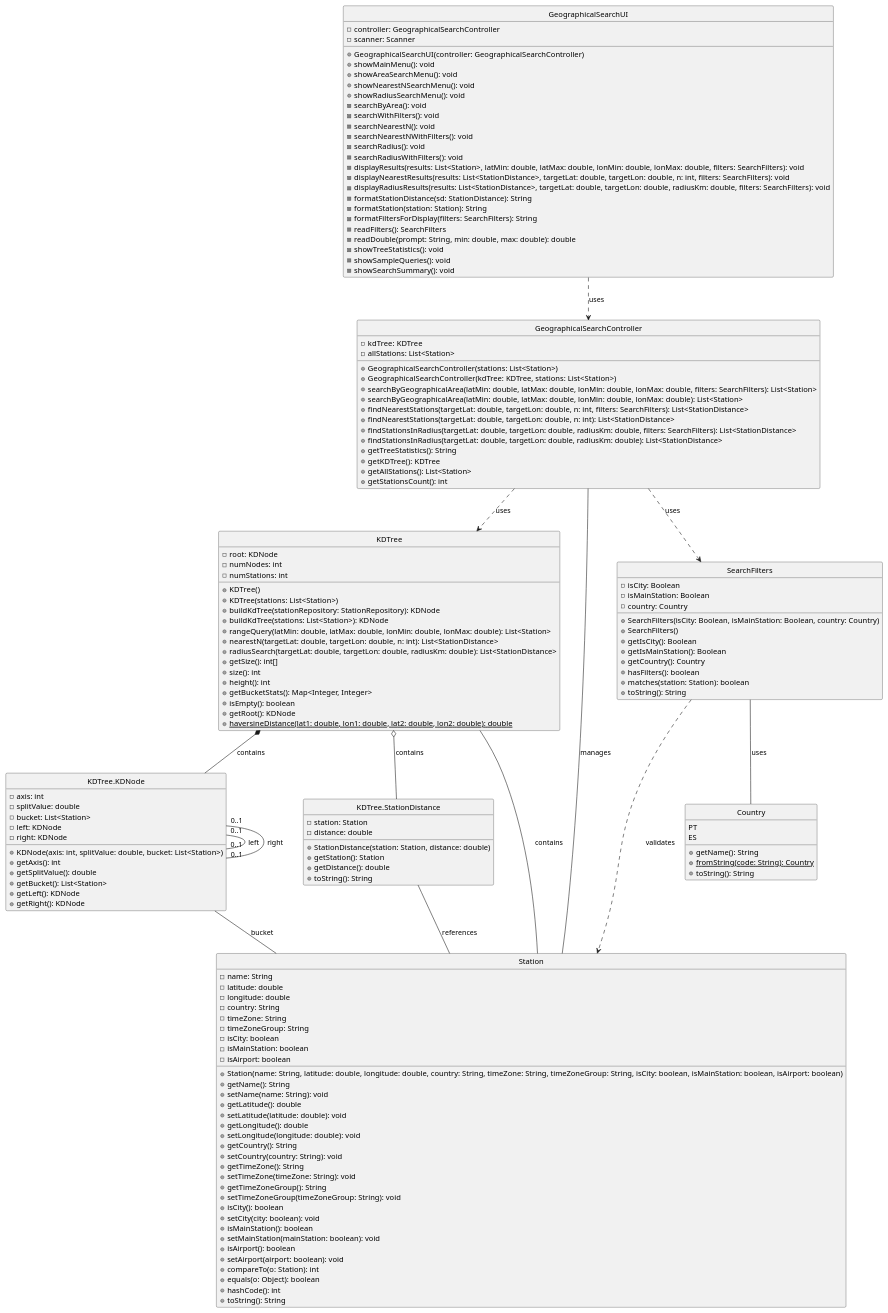
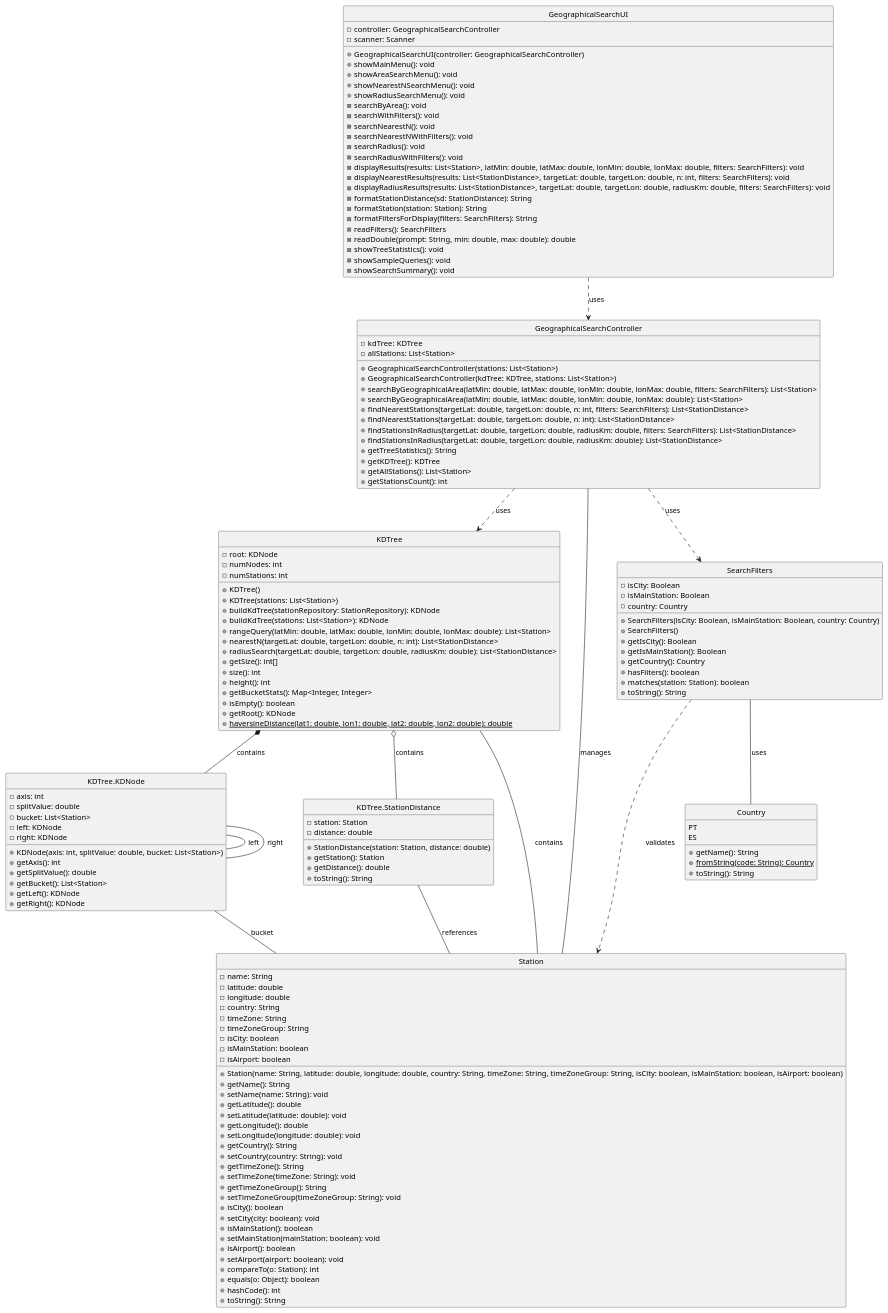
Before and after one commit to Andremonteiro1240850/RailwayNetwork: the diagram in doc/USEI08/ClassDiagram.puml, drawn with PlantUML.

Commit message:
USEI08 CLASS DIAGRAM

```diff
--- a/doc/USEI08/ClassDiagram.puml
+++ b/doc/USEI08/ClassDiagram.puml
@@ -1,178 +1,179 @@
 @startuml
 skinparam style strictuml
 skinparam monochrome true
 
 'Diagrama de Classes - USEI08: Search by Geographical Area
 'Baseado APENAS no código implementado
 'Seguindo as regras UML Class Diagrams
 
 class GeographicalSearchUI {
     - controller: GeographicalSearchController
     - scanner: Scanner
     + GeographicalSearchUI(controller: GeographicalSearchController)
     + showMainMenu(): void
     + showAreaSearchMenu(): void
     + showNearestNSearchMenu(): void
     + showRadiusSearchMenu(): void
     - searchByArea(): void
     - searchWithFilters(): void
     - searchNearestN(): void
     - searchNearestNWithFilters(): void
     - searchRadius(): void
     - searchRadiusWithFilters(): void
     - displayResults(results: List<Station>, latMin: double, latMax: double, lonMin: double, lonMax: double, filters: SearchFilters): void
     - displayNearestResults(results: List<StationDistance>, targetLat: double, targetLon: double, n: int, filters: SearchFilters): void
     - displayRadiusResults(results: List<StationDistance>, targetLat: double, targetLon: double, radiusKm: double, filters: SearchFilters): void
     - formatStationDistance(sd: StationDistance): String
     - formatStation(station: Station): String
     - formatFiltersForDisplay(filters: SearchFilters): String
     - readFilters(): SearchFilters
     - readDouble(prompt: String, min: double, max: double): double
     - showTreeStatistics(): void
     - showSampleQueries(): void
     - showSearchSummary(): void
 }
 
 class GeographicalSearchController {
     - kdTree: KDTree
     - allStations: List<Station>
     + GeographicalSearchController(stations: List<Station>)
     + GeographicalSearchController(kdTree: KDTree, stations: List<Station>)
     + searchByGeographicalArea(latMin: double, latMax: double, lonMin: double, lonMax: double, filters: SearchFilters): List<Station>
     + searchByGeographicalArea(latMin: double, latMax: double, lonMin: double, lonMax: double): List<Station>
     + findNearestStations(targetLat: double, targetLon: double, n: int, filters: SearchFilters): List<StationDistance>
     + findNearestStations(targetLat: double, targetLon: double, n: int): List<StationDistance>
     + findStationsInRadius(targetLat: double, targetLon: double, radiusKm: double, filters: SearchFilters): List<StationDistance>
     + findStationsInRadius(targetLat: double, targetLon: double, radiusKm: double): List<StationDistance>
     + getTreeStatistics(): String
     + getKDTree(): KDTree
     + getAllStations(): List<Station>
     + getStationsCount(): int
 }
 
 class KDTree {
     - root: KDNode
     - numNodes: int
     - numStations: int
     + KDTree()
     + KDTree(stations: List<Station>)
     + buildKdTree(stationRepository: StationRepository): KDNode
     + buildKdTree(stations: List<Station>): KDNode
     + rangeQuery(latMin: double, latMax: double, lonMin: double, lonMax: double): List<Station>
     + nearestN(targetLat: double, targetLon: double, n: int): List<StationDistance>
     + radiusSearch(targetLat: double, targetLon: double, radiusKm: double): List<StationDistance>
     + getSize(): int[]
     + size(): int
     + height(): int
     + getBucketStats(): Map<Integer, Integer>
     + isEmpty(): boolean
     + getRoot(): KDNode
     + {static} haversineDistance(lat1: double, lon1: double, lat2: double, lon2: double): double
 }
 
 class "KDTree.KDNode" as KDNode {
     - axis: int
     - splitValue: double
     - bucket: List<Station>
     - left: KDNode
     - right: KDNode
     + KDNode(axis: int, splitValue: double, bucket: List<Station>)
     + getAxis(): int
     + getSplitValue(): double
     + getBucket(): List<Station>
     + getLeft(): KDNode
     + getRight(): KDNode
 }
 
 class "KDTree.StationDistance" as StationDistance {
     - station: Station
     - distance: double
     + StationDistance(station: Station, distance: double)
     + getStation(): Station
     + getDistance(): double
     + toString(): String
 }
 
 class Station {
     - name: String
     - latitude: double
     - longitude: double
     - country: String
     - timeZone: String
     - timeZoneGroup: String
     - isCity: boolean
     - isMainStation: boolean
     - isAirport: boolean
     + Station(name: String, latitude: double, longitude: double, country: String, timeZone: String, timeZoneGroup: String, isCity: boolean, isMainStation: boolean, isAirport: boolean)
     + getName(): String
     + setName(name: String): void
     + getLatitude(): double
     + setLatitude(latitude: double): void
     + getLongitude(): double
     + setLongitude(longitude: double): void
     + getCountry(): String
     + setCountry(country: String): void
     + getTimeZone(): String
     + setTimeZone(timeZone: String): void
     + getTimeZoneGroup(): String
     + setTimeZoneGroup(timeZoneGroup: String): void
     + isCity(): boolean
     + setCity(city: boolean): void
     + isMainStation(): boolean
     + setMainStation(mainStation: boolean): void
     + isAirport(): boolean
     + setAirport(airport: boolean): void
     + compareTo(o: Station): int
     + equals(o: Object): boolean
     + hashCode(): int
     + toString(): String
 }
 
 class SearchFilters {
     - isCity: Boolean
     - isMainStation: Boolean
     - country: Country
     + SearchFilters(isCity: Boolean, isMainStation: Boolean, country: Country)
     + SearchFilters()
     + getIsCity(): Boolean
     + getIsMainStation(): Boolean
     + getCountry(): Country
     + hasFilters(): boolean
     + matches(station: Station): boolean
     + toString(): String
 }
 
 enum Country {
     PT
     ES
     + getName(): String
     + {static} fromString(code: String): Country
     + toString(): String
 }
 
 ' --- Relações UML Corretas ---
 ' Dependency (uso): linha tracejada com seta
 GeographicalSearchUI ..> GeographicalSearchController : uses
 GeographicalSearchController ..> KDTree : uses
 GeographicalSearchController ..> SearchFilters : uses
 SearchFilters ..> Station : validates
 
 ' Association: linha sólida (relação entre classes)
 GeographicalSearchController -- Station : manages
 KDTree -- Station : contains
 KDNode -- Station : bucket
 StationDistance -- Station : references
 SearchFilters -- Country : uses
 
 ' Self-reference: KDNode referencia outros KDNodes para formar a árvore binária
-' left = filho esquerdo, right = filho direito (estrutura de árvore binária)
-KDNode "0..1" -- "0..1" KDNode : left
-KDNode "0..1" -- "0..1" KDNode : right
+' Cada KDNode pode ter 0 ou 1 filho esquerdo (left) e 0 ou 1 filho direito (right)
+' Nota: Um KDNode pode ter 0..1 filho left, e um KDNode pode ser filho left de 0..1 pai
+KDNode -- KDNode : left
+KDNode -- KDNode : right
 
 ' Composition: losango preenchido (parte não pode existir sem o todo)
 KDTree *-- KDNode : contains
 
 ' Aggregation: losango vazio (parte pode existir independentemente)
 KDTree o-- StationDistance : contains
 
 @enduml
```
